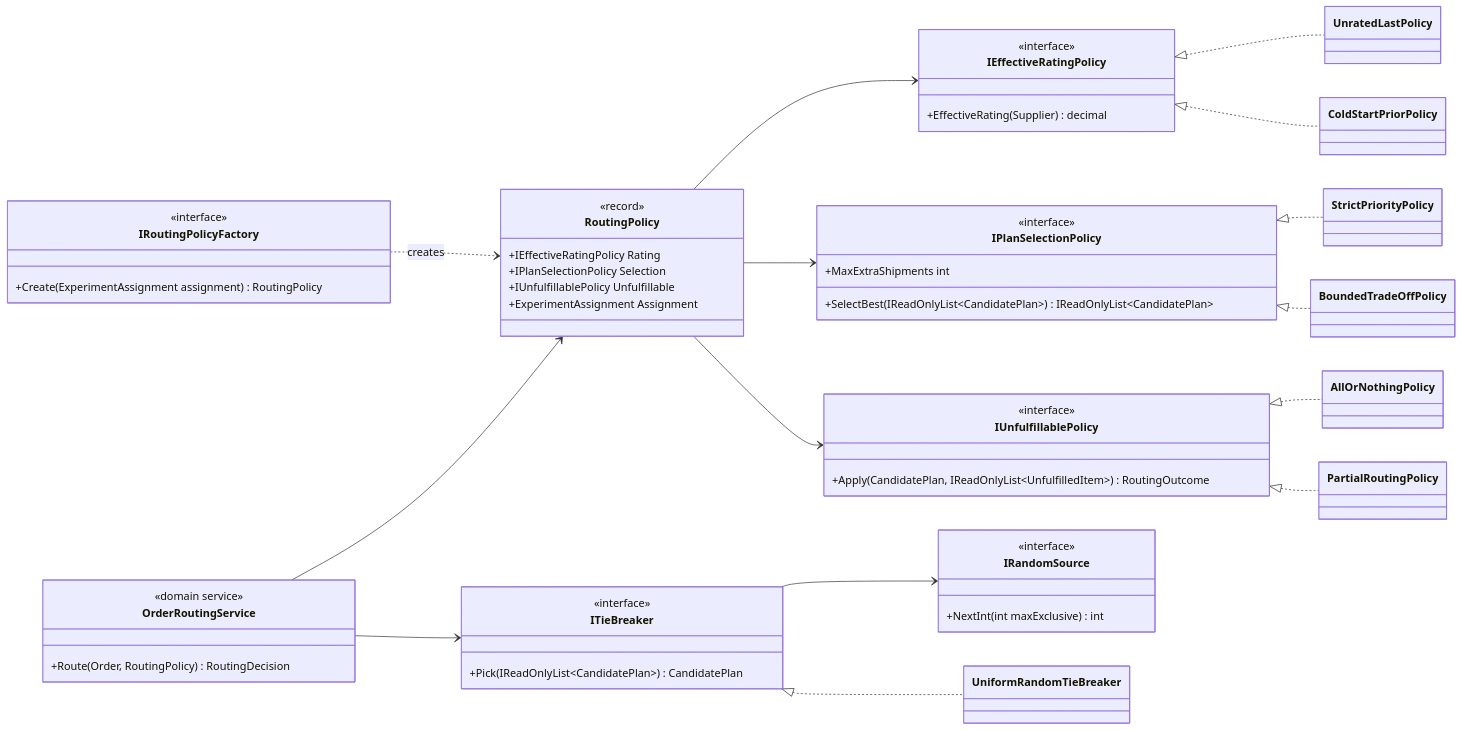
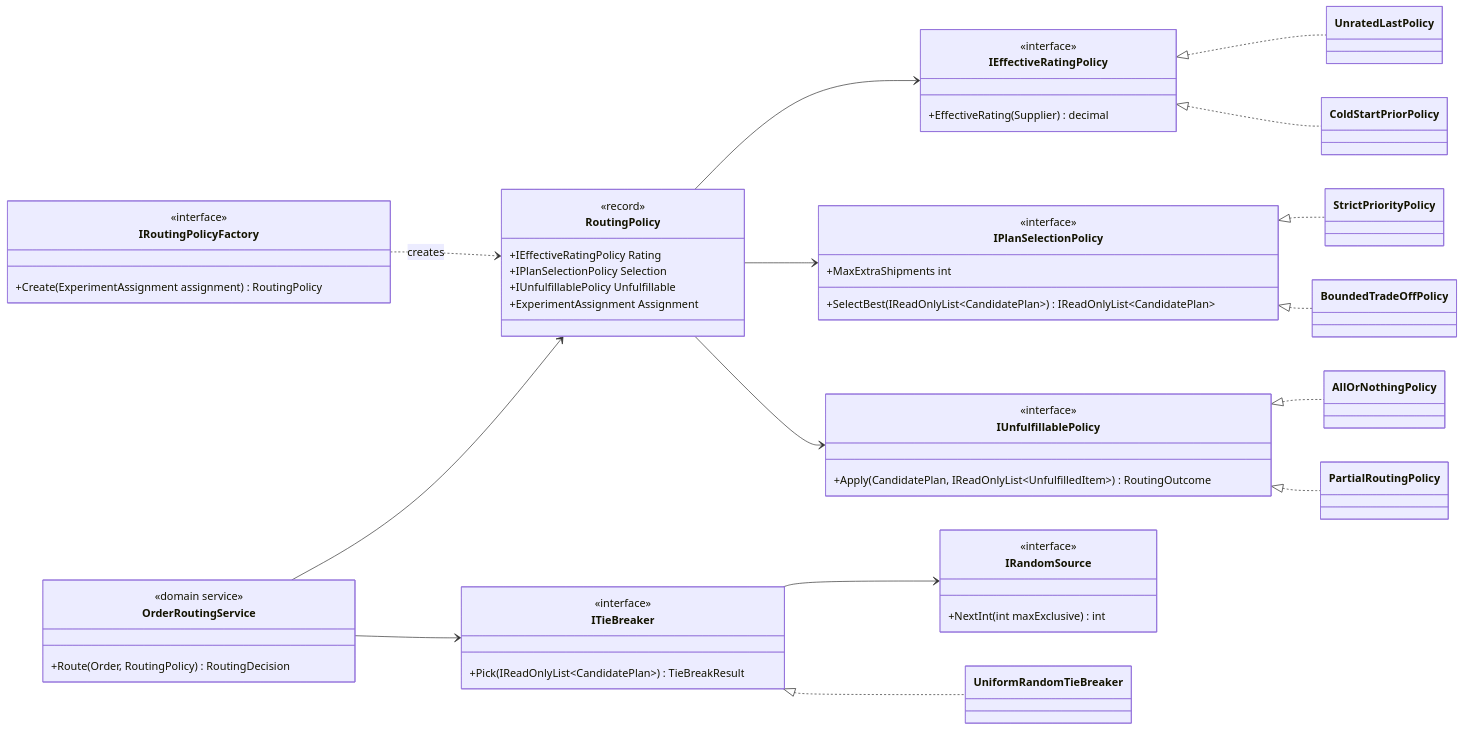
One commit to ricardochaidez/order-router changed the first of 2 diagrams in Docs/ADRs/ADR-0001-routing-strategy-composition.md. Above: the diagram before and after it, drawn with Mermaid. The commit also changed other lines of this file and 12 other files, not shown here.

````diff
--- a/Docs/ADRs/ADR-0001-routing-strategy-composition.md
+++ b/Docs/ADRs/ADR-0001-routing-strategy-composition.md
@@ -59,54 +59,54 @@
 ```mermaid
 classDiagram
     direction LR
     class RoutingPolicy {
         <<record>>
         +IEffectiveRatingPolicy Rating
         +IPlanSelectionPolicy Selection
         +IUnfulfillablePolicy Unfulfillable
         +ExperimentAssignment Assignment
     }
     class IRoutingPolicyFactory {
         <<interface>>
         +Create(ExperimentAssignment assignment) RoutingPolicy
     }
     class OrderRoutingService {
         <<domain service>>
         +Route(Order, RoutingPolicy) RoutingDecision
     }
     class IEffectiveRatingPolicy {
         <<interface>>
         +EffectiveRating(Supplier) decimal
     }
     class IPlanSelectionPolicy {
         <<interface>>
         +MaxExtraShipments int
         +SelectBest(IReadOnlyList~CandidatePlan~) IReadOnlyList~CandidatePlan~
     }
     class IUnfulfillablePolicy {
         <<interface>>
         +Apply(CandidatePlan, IReadOnlyList~UnfulfilledItem~) RoutingOutcome
     }
     class ITieBreaker {
         <<interface>>
-        +Pick(IReadOnlyList~CandidatePlan~) CandidatePlan
+        +Pick(IReadOnlyList~CandidatePlan~) TieBreakResult
     }
     class IRandomSource {
         <<interface>>
         +NextInt(int maxExclusive) int
     }
     IRoutingPolicyFactory ..> RoutingPolicy : creates
     OrderRoutingService --> RoutingPolicy
     OrderRoutingService --> ITieBreaker
     RoutingPolicy --> IEffectiveRatingPolicy
     RoutingPolicy --> IPlanSelectionPolicy
     RoutingPolicy --> IUnfulfillablePolicy
     ITieBreaker --> IRandomSource
     IEffectiveRatingPolicy <|.. UnratedLastPolicy
     IEffectiveRatingPolicy <|.. ColdStartPriorPolicy
     IPlanSelectionPolicy <|.. StrictPriorityPolicy
     IPlanSelectionPolicy <|.. BoundedTradeOffPolicy
     IUnfulfillablePolicy <|.. AllOrNothingPolicy
     IUnfulfillablePolicy <|.. PartialRoutingPolicy
     ITieBreaker <|.. UniformRandomTieBreaker
 ```
````
